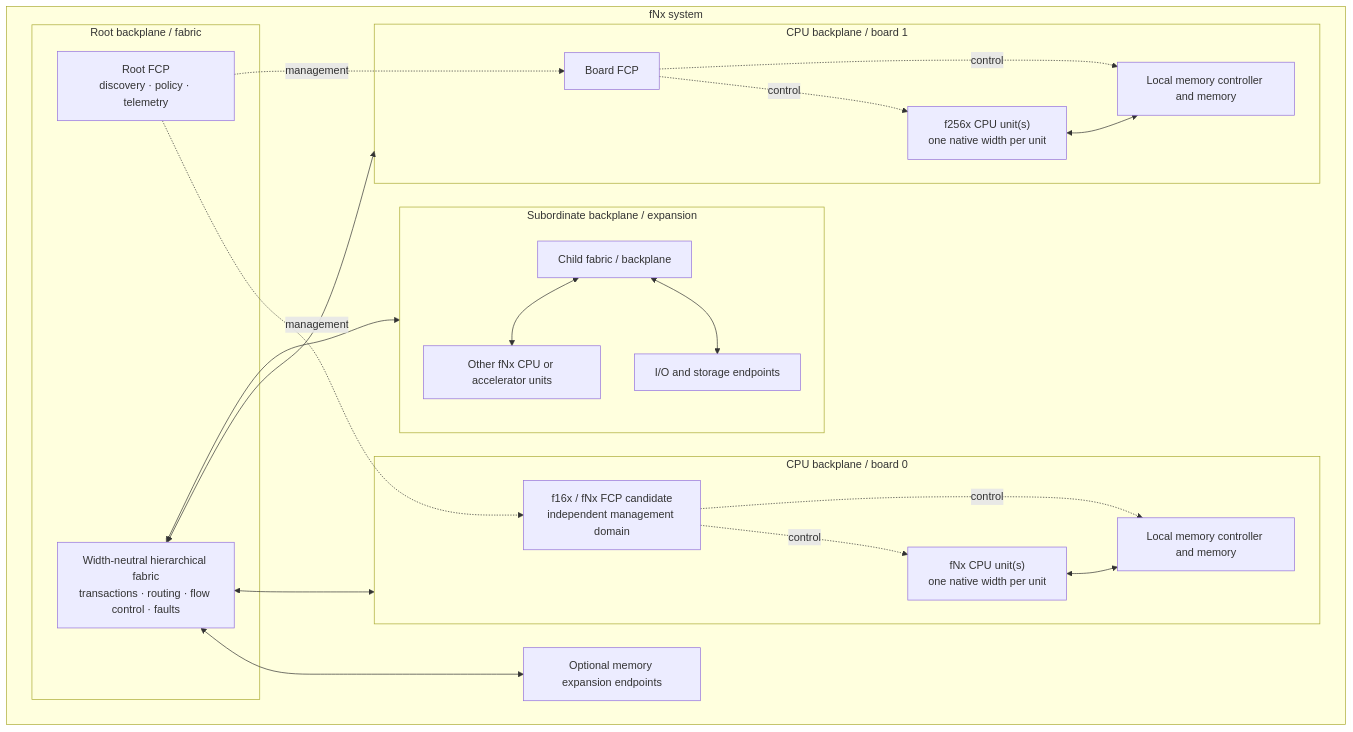
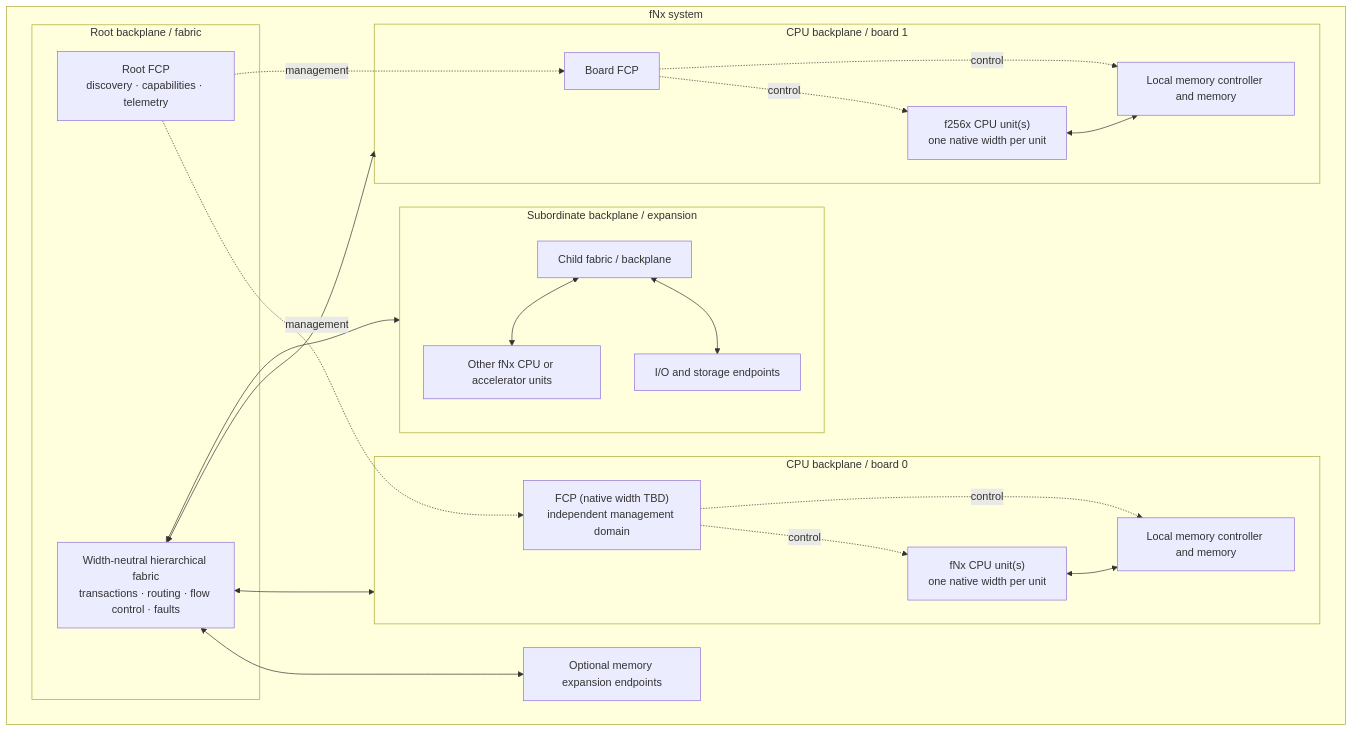
One commit to AI-TwinStream/f128x changed the diagram in docs/architecture/physical-system-block-diagram-0.1.md. Above: the diagram before and after it, drawn with Mermaid. The commit also changed other lines of this file and 3 other files, not shown here.

First line of the commit message:
Add fNx architecture overview and physical system diagrams

````diff
--- a/docs/architecture/physical-system-block-diagram-0.1.md
+++ b/docs/architecture/physical-system-block-diagram-0.1.md
@@ -10,39 +18,39 @@
 ```mermaid
 flowchart TB
   subgraph SYS["fNx system"]
     subgraph ROOT["Root backplane / fabric"]
       FAB["Width-neutral hierarchical fabric\ntransactions · routing · flow control · faults"]
-      ROOTFCP["Root FCP\ndiscovery · policy · telemetry"]
+      ROOTFCP["Root FCP\ndiscovery · capabilities · telemetry"]
     end
     subgraph B0["CPU backplane / board 0"]
       CPU0["fNx CPU unit(s)\none native width per unit"]
-      FCP0["f16x / fNx FCP candidate\nindependent management domain"]
+      FCP0["FCP (native width TBD)\nindependent management domain"]
       MEM0["Local memory controller and memory"]
       CPU0 <--> MEM0
       FCP0 -. control .-> CPU0
       FCP0 -. control .-> MEM0
     end
     subgraph B1["CPU backplane / board 1"]
       CPU1["f256x CPU unit(s)\none native width per unit"]
       FCP1["Board FCP"]
       MEM1["Local memory controller and memory"]
       CPU1 <--> MEM1
       FCP1 -. control .-> CPU1
       FCP1 -. control .-> MEM1
     end
     subgraph SUB["Subordinate backplane / expansion"]
       FAB2["Child fabric / backplane"]
       CPU2["Other fNx CPU or accelerator units"]
       IO2["I/O and storage endpoints"]
       FAB2 <--> CPU2
       FAB2 <--> IO2
     end
     MEMX["Optional memory expansion endpoints"]
     ROOTFCP -. management .-> FCP0
     ROOTFCP -. management .-> FCP1
     FAB <--> B0
     FAB <--> B1
     FAB <--> SUB
     FAB <--> MEMX
   end
 ```
````
